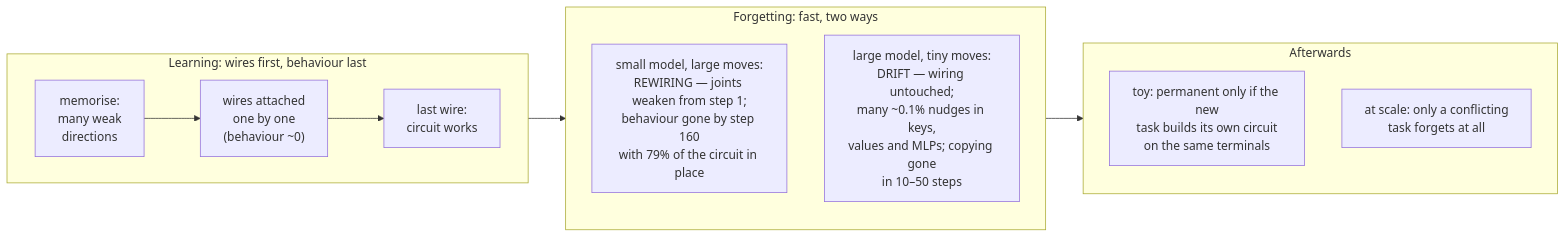
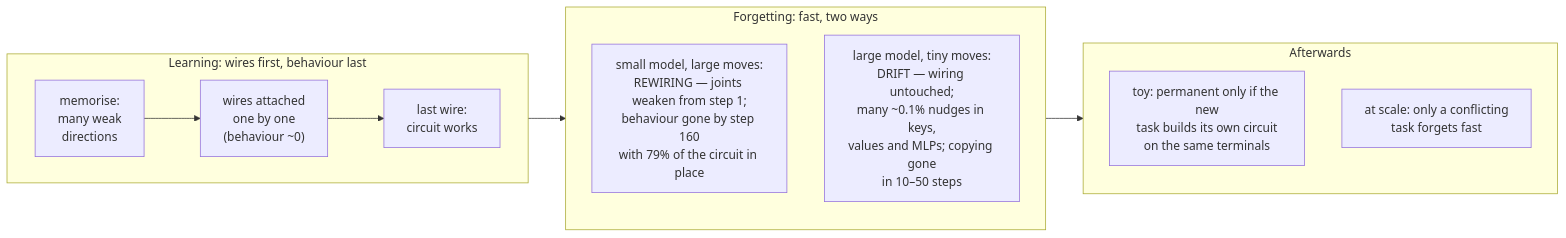
The first of 2 diagrams in docs/PAPER_DRAFT.md (paragorth/frcs-678), drawn with Mermaid before and after one commit. The commit also changed other lines of this file and 78 other files, not shown here.

````diff
--- a/docs/PAPER_DRAFT.md
+++ b/docs/PAPER_DRAFT.md
@@ -95,18 +110,18 @@
 ```mermaid
 flowchart LR
     subgraph BUILD["Learning: wires first, behaviour last"]
       direction LR
       b1["memorise:<br/>many weak<br/>directions"] --> b2["wires attached<br/>one by one<br/>(behaviour ~0)"] --> b3["last wire:<br/>circuit works"]
     end
     subgraph BREAK["Forgetting: fast, two ways"]
       direction TB
       r1["small model, large moves:<br/>REWIRING — joints weaken from step 1;<br/>behaviour gone by step 160<br/>with 79% of the circuit in place"]
       d1["large model, tiny moves:<br/>DRIFT — wiring untouched;<br/>many ~0.1% nudges in keys,<br/>values and MLPs; copying gone<br/>in 10–50 steps"]
     end
     subgraph AFTER["Afterwards"]
       direction TB
       a1["toy: permanent only if the new<br/>task builds its own circuit<br/>on the same terminals"]
-      a2["at scale: only a conflicting<br/>task forgets at all"]
+      a2["at scale: only a conflicting<br/>task forgets fast"]
     end
     BUILD --> BREAK --> AFTER
 ```
````
